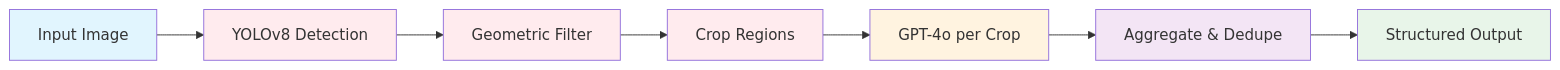
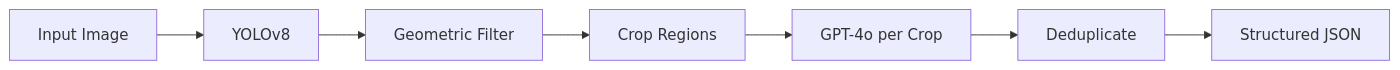
One commit to omorros/SnapShelf changed the second of 6 diagrams in research/02-pipeline-comparison/README.md. Above: the diagram before and after it, drawn with Mermaid. The commit also changed other lines of this file, not shown here.

Commit message:
formated diagrams and improved readme readibility

````diff
--- a/research/02-pipeline-comparison/README.md
+++ b/research/02-pipeline-comparison/README.md
@@ -69,17 +63,9 @@
 ```mermaid
 flowchart LR
-    A[Input Image] --> B[YOLOv8 Detection]
+    A[Input Image] --> B[YOLOv8]
     B --> C[Geometric Filter]
     C --> D[Crop Regions]
     D --> E[GPT-4o per Crop]
-    E --> F[Aggregate & Dedupe]
-    F --> G[Structured Output]
-
-    style A fill:#e1f5fe
-    style B fill:#ffebee
-    style C fill:#ffebee
-    style D fill:#ffebee
-    style E fill:#fff3e0
-    style F fill:#f3e5f5
-    style G fill:#e8f5e9
+    E --> F[Deduplicate]
+    F --> G[Structured JSON]
 ```
````
